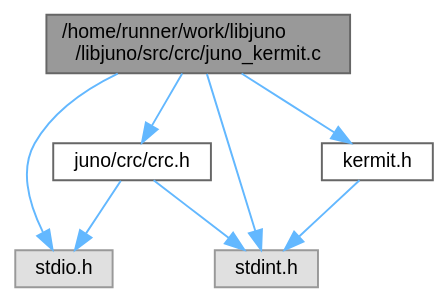
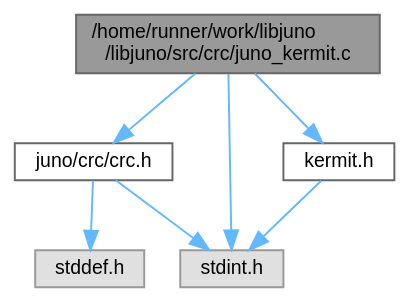
Before and after one commit to robinonsay/libjuno: the diagram in juno__kermit_8c__incl.dot, drawn with Graphviz. The commit also changed 156 other files, not shown here.

```diff
--- a/juno__kermit_8c__incl.dot
+++ b/juno__kermit_8c__incl.dot
@@ -1,19 +1,18 @@
 digraph "/home/runner/work/libjuno/libjuno/src/crc/juno_kermit.c"
 {
  // LATEX_PDF_SIZE
   bgcolor="transparent";
   edge [fontname=Helvetica,fontsize=10,labelfontname=Helvetica,labelfontsize=10];
   node [fontname=Helvetica,fontsize=10,shape=box,height=0.2,width=0.4];
   Node1 [id="Node000001",label="/home/runner/work/libjuno\l/libjuno/src/crc/juno_kermit.c",height=0.2,width=0.4,color="gray40", fillcolor="grey60", style="filled", fontcolor="black",tooltip=" "];
   Node1 -> Node2 [id="edge1_Node000001_Node000002",color="steelblue1",style="solid",tooltip=" "];
   Node2 [id="Node000002",label="juno/crc/crc.h",height=0.2,width=0.4,color="grey40", fillcolor="white", style="filled",URL="$crc_8h.html",tooltip=" "];
   Node2 -> Node3 [id="edge2_Node000002_Node000003",color="steelblue1",style="solid",tooltip=" "];
-  Node3 [id="Node000003",label="stdio.h",height=0.2,width=0.4,color="grey60", fillcolor="#E0E0E0", style="filled",tooltip=" "];
+  Node3 [id="Node000003",label="stddef.h",height=0.2,width=0.4,color="grey60", fillcolor="#E0E0E0", style="filled",tooltip=" "];
   Node2 -> Node4 [id="edge3_Node000002_Node000004",color="steelblue1",style="solid",tooltip=" "];
   Node4 [id="Node000004",label="stdint.h",height=0.2,width=0.4,color="grey60", fillcolor="#E0E0E0", style="filled",tooltip=" "];
   Node1 -> Node4 [id="edge4_Node000001_Node000004",color="steelblue1",style="solid",tooltip=" "];
-  Node1 -> Node3 [id="edge5_Node000001_Node000003",color="steelblue1",style="solid",tooltip=" "];
-  Node1 -> Node5 [id="edge6_Node000001_Node000005",color="steelblue1",style="solid",tooltip=" "];
+  Node1 -> Node5 [id="edge5_Node000001_Node000005",color="steelblue1",style="solid",tooltip=" "];
   Node5 [id="Node000005",label="kermit.h",height=0.2,width=0.4,color="grey40", fillcolor="white", style="filled",URL="$kermit_8h.html",tooltip=" "];
-  Node5 -> Node4 [id="edge7_Node000005_Node000004",color="steelblue1",style="solid",tooltip=" "];
+  Node5 -> Node4 [id="edge6_Node000005_Node000004",color="steelblue1",style="solid",tooltip=" "];
 }
```
